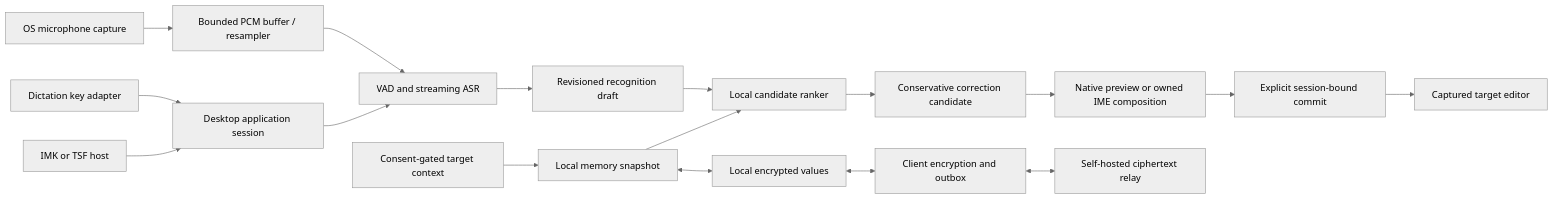
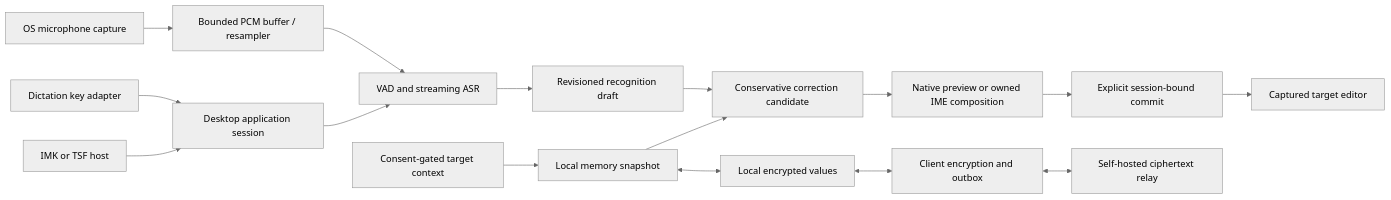
The first of 2 diagrams in docs/project/architecture.md (AstraFoundry/Arion), drawn with Mermaid (neutral theme) before and after one commit. The commit also changed other lines of this file and 48 other files, not shown here.

````diff
--- a/docs/project/architecture.md
+++ b/docs/project/architecture.md
@@ -5,19 +5,18 @@
 ```mermaid
 flowchart LR
     Hotkey[Dictation key adapter] --> Session[Desktop application session]
     IME[IMK or TSF host] --> Session
     Mic[OS microphone capture] --> PCM[Bounded PCM buffer / resampler]
     PCM --> VAD[VAD and streaming ASR]
     Session --> VAD
     Context[Consent-gated target context] --> Memory[Local memory snapshot]
-    Memory --> Rank[Local candidate ranker]
+    Memory --> Correct[Conservative correction candidate]
     VAD --> Draft[Revisioned recognition draft]
-    Draft --> Rank
-    Rank --> Correct[Conservative correction candidate]
+    Draft --> Correct
     Correct --> Preview[Native preview or owned IME composition]
     Preview --> Commit[Explicit session-bound commit]
     Commit --> Target[Captured target editor]
     Memory <--> Vault[Local encrypted values]
     Vault <--> Sync[Client encryption and outbox]
     Sync <--> Relay[Self-hosted ciphertext relay]
 ```
````
